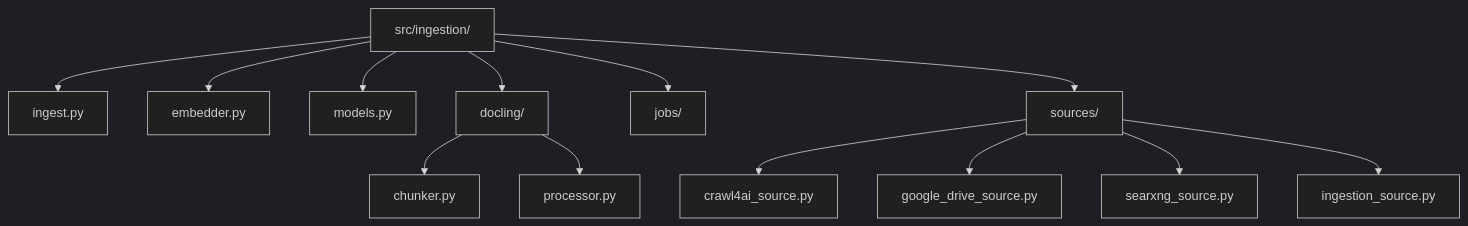
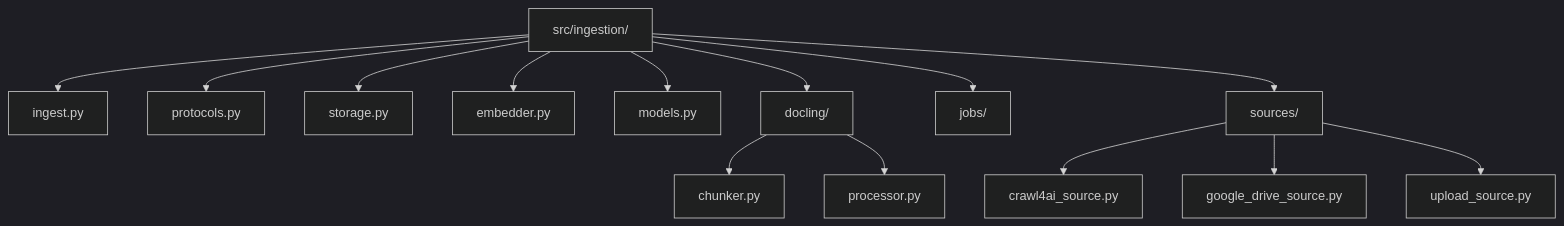
Before and after one commit to jaewilson07/rag_mongodb: the first of 2 diagrams in src/ingestion/AGENTS.md, drawn with Mermaid (dark theme). The commit also changed other lines of this file and 34 other files, not shown here.

````diff
--- a/src/ingestion/AGENTS.md
+++ b/src/ingestion/AGENTS.md
@@ -22,18 +23,19 @@
 ```mermaid
 flowchart TB
   ingestion_root[src/ingestion/]
   ingestion_root --> ingest_py[ingest.py]
+  ingestion_root --> protocols_py[protocols.py]
+  ingestion_root --> storage_py[storage.py]
   ingestion_root --> embedder_py[embedder.py]
   ingestion_root --> models_py[models.py]
   ingestion_root --> docling_dir[docling/]
   ingestion_root --> jobs_dir[jobs/]
   ingestion_root --> sources_dir[sources/]
 
   docling_dir --> chunker_py[chunker.py]
   docling_dir --> processor_py[processor.py]
 
   sources_dir --> crawl4ai_src[crawl4ai_source.py]
   sources_dir --> google_drive_src[google_drive_source.py]
-  sources_dir --> searxng_src[searxng_source.py]
-  sources_dir --> base_src[ingestion_source.py]
+  sources_dir --> upload_src[upload_source.py]
 ```
````
